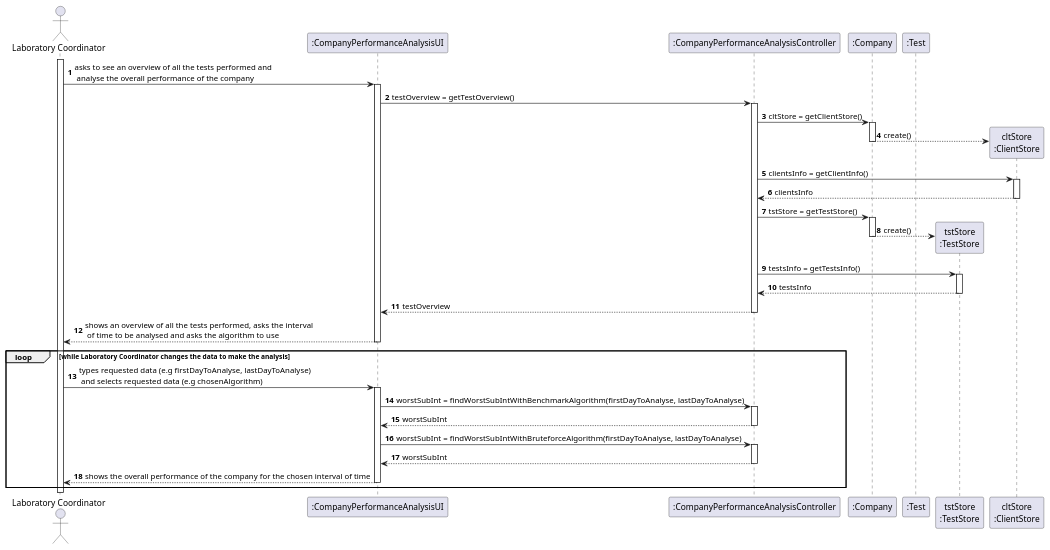
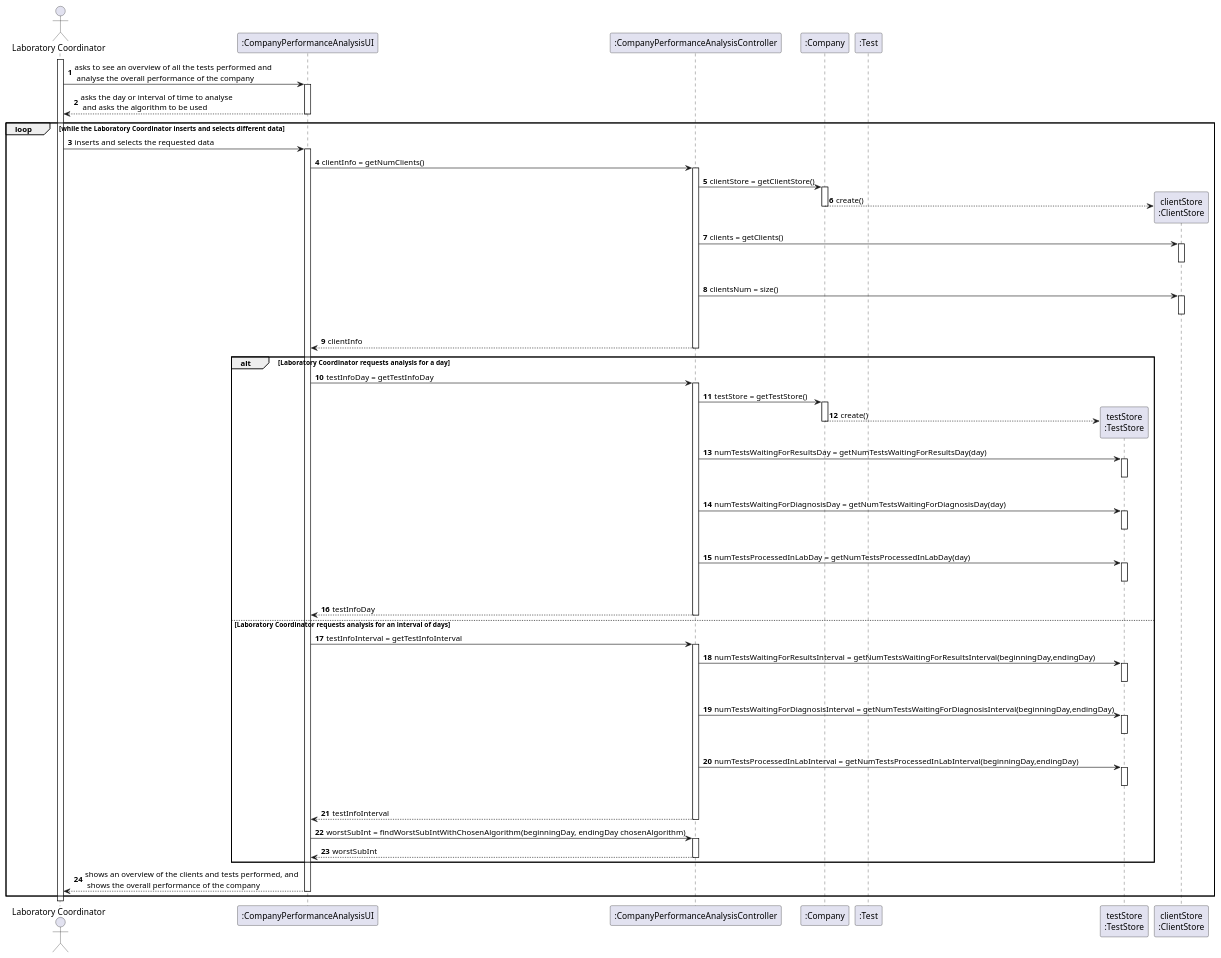
The diagram in docs/SprintD/US_16/US16_SD.puml (ana-albergaria/LAPR2-ISEP), drawn with PlantUML before and after one commit. The commit also changed 4 other files, not shown here.

```diff
--- a/docs/SprintD/US_16/US16_SD.puml
+++ b/docs/SprintD/US_16/US16_SD.puml
@@ -1,61 +1,98 @@
 @startuml
 autonumber
 actor "Laboratory Coordinator" as LC
 
 participant ":CompanyPerformanceAnalysisUI" as UI
 participant ":CompanyPerformanceAnalysisController" as CTRL
 participant ":Company" as CMP
 participant ":Test" as TST
-participant "tstStore\n:TestStore" as TSTSTORE
-participant "cltStore\n:ClientStore" as CLTSTORE
+participant "testStore\n:TestStore" as TSTSTORE
+participant "clientStore\n:ClientStore" as CLTSTORE
 
 activate LC
 LC -> UI : asks to see an overview of all the tests performed and \n analyse the overall performance of the company
 activate UI
+UI --> LC : asks the day or interval of time to analyse \n and asks the algorithm to be used
+deactivate UI
 
-UI -> CTRL : testOverview = getTestOverview()
+loop while the Laboratory Coordinator inserts and selects different data
+LC -> UI : inserts and selects the requested data
+activate UI
+
+UI -> CTRL : clientInfo = getNumClients()
 activate CTRL
 
-CTRL -> CMP : cltStore = getClientStore()
+CTRL -> CMP : clientStore = getClientStore()
 activate CMP
 CMP --> CLTSTORE** : create()
 deactivate CMP
-CTRL -> CLTSTORE : clientsInfo = getClientInfo()
+CTRL -> CLTSTORE : clients = getClients()
 activate CLTSTORE
-CLTSTORE --> CTRL : clientsInfo
+|||
+deactivate CLTSTORE
+CTRL -> CLTSTORE : clientsNum = size()
+activate CLTSTORE
+|||
 deactivate CLTSTORE
 
-CTRL -> CMP : tstStore = getTestStore()
+CTRL --> UI : clientInfo
+deactivate CTRL
+
+alt Laboratory Coordinator requests analysis for a day
+
+UI -> CTRL : testInfoDay = getTestInfoDay
+activate CTRL
+
+CTRL -> CMP : testStore = getTestStore()
 activate CMP
 CMP --> TSTSTORE** : create()
 deactivate CMP
-CTRL -> TSTSTORE : testsInfo = getTestsInfo()
+CTRL -> TSTSTORE : numTestsWaitingForResultsDay = getNumTestsWaitingForResultsDay(day)
 activate TSTSTORE
-TSTSTORE --> CTRL : testsInfo
+|||
+deactivate TSTSTORE
+CTRL -> TSTSTORE : numTestsWaitingForDiagnosisDay = getNumTestsWaitingForDiagnosisDay(day)
+activate TSTSTORE
+|||
+deactivate TSTSTORE
+CTRL -> TSTSTORE : numTestsProcessedInLabDay = getNumTestsProcessedInLabDay(day)
+activate TSTSTORE
+|||
 deactivate TSTSTORE
 
-CTRL --> UI : testOverview
+CTRL --> UI : testInfoDay
 deactivate CTRL
 
-UI --> LC : shows an overview of all the tests performed, asks the interval \n of time to be analysed and asks the algorithm to use
-deactivate UI
+else Laboratory Coordinator requests analysis for an interval of days
 
-loop while Laboratory Coordinator changes the data to make the analysis
-LC -> UI : types requested data (e.g firstDayToAnalyse, lastDayToAnalyse) \n and selects requested data (e.g chosenAlgorithm)
-activate UI
+UI -> CTRL : testInfoInterval = getTestInfoInterval
+activate CTRL
 
-UI -> CTRL : worstSubInt = findWorstSubIntWithBenchmarkAlgorithm(firstDayToAnalyse, lastDayToAnalyse)
+CTRL -> TSTSTORE : numTestsWaitingForResultsInterval = getNumTestsWaitingForResultsInterval(beginningDay,endingDay)
+activate TSTSTORE
+|||
+deactivate TSTSTORE
+CTRL -> TSTSTORE : numTestsWaitingForDiagnosisInterval = getNumTestsWaitingForDiagnosisInterval(beginningDay,endingDay)
+activate TSTSTORE
+|||
+deactivate TSTSTORE
+CTRL -> TSTSTORE : numTestsProcessedInLabInterval = getNumTestsProcessedInLabInterval(beginningDay,endingDay)
+activate TSTSTORE
+|||
+deactivate TSTSTORE
+
+CTRL --> UI : testInfoInterval
+deactivate CTRL
+
+UI -> CTRL : worstSubInt = findWorstSubIntWithChosenAlgorithm(beginningDay, endingDay chosenAlgorithm)
 activate CTRL
 CTRL --> UI : worstSubInt
 deactivate CTRL
 
-UI -> CTRL : worstSubInt = findWorstSubIntWithBruteforceAlgorithm(firstDayToAnalyse, lastDayToAnalyse)
-activate CTRL
-CTRL --> UI : worstSubInt
-deactivate CTRL
+end
 
-UI --> LC : shows the overall performance of the company for the chosen interval of time
+UI --> LC : shows an overview of the clients and tests performed, and \n shows the overall performance of the company
 deactivate UI
 end
 
 @enduml
```
